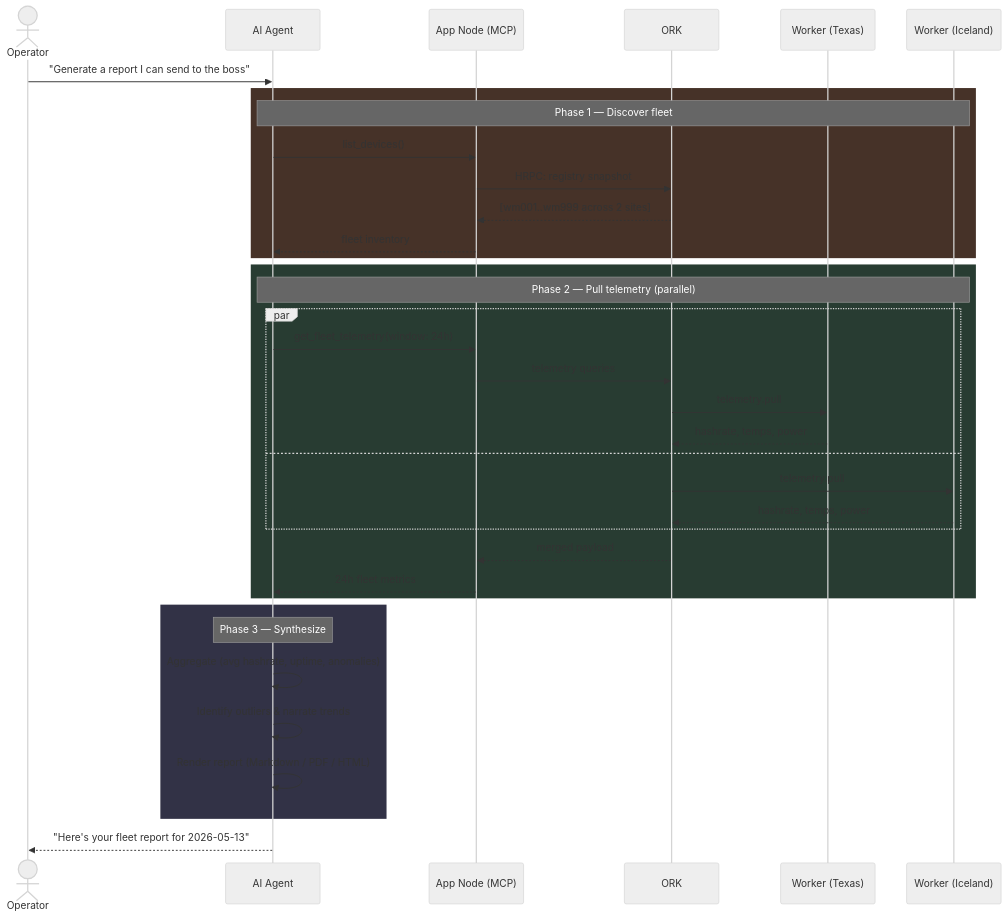
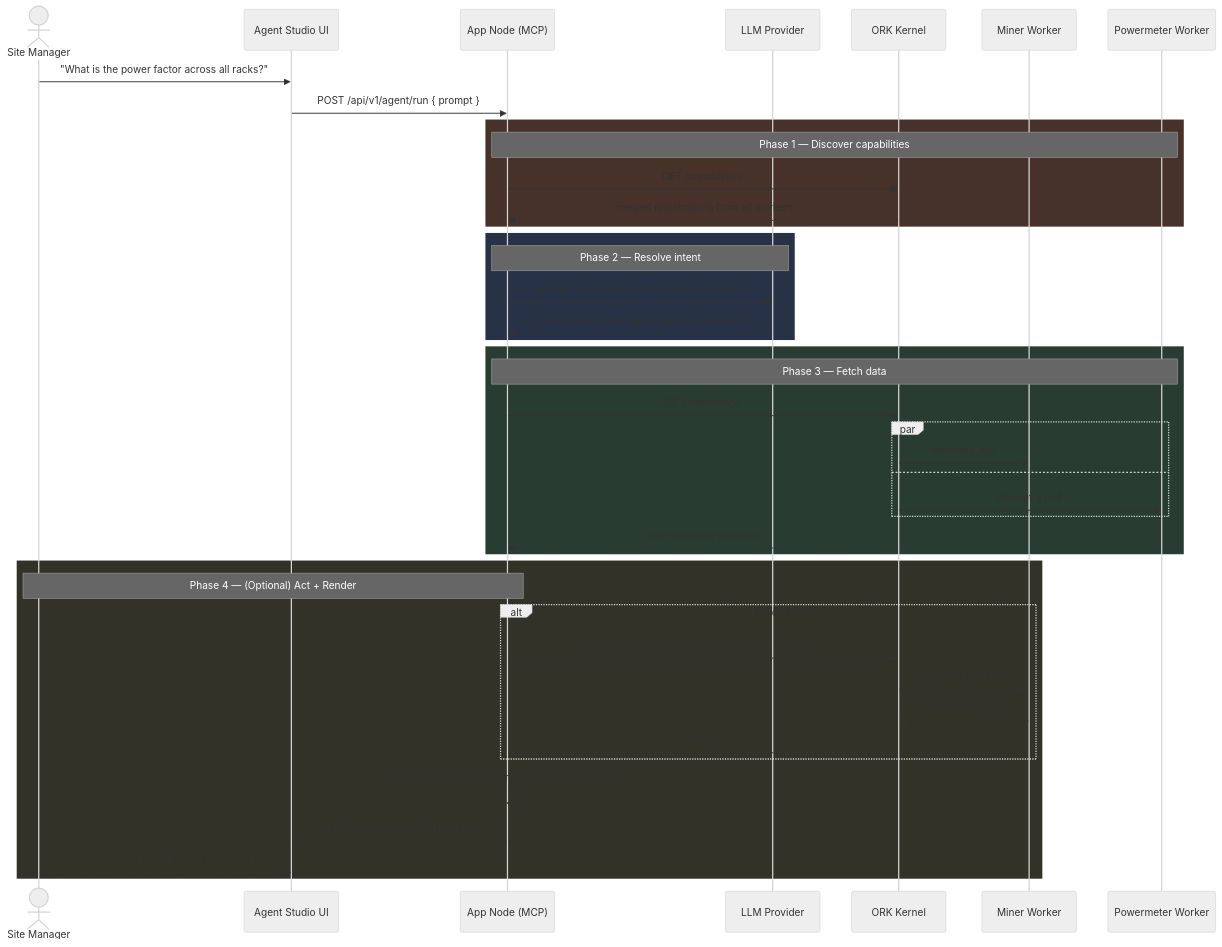
One commit to Gio-Galt/mdk-be changed the second of 3 diagrams in docs/hld-agentic-framework.md. Above: the diagram before and after it, drawn with Mermaid (neutral theme). The commit also changed other lines of this file and 28 other files, not shown here.

````diff
--- a/docs/hld-agentic-framework.md
+++ b/docs/hld-agentic-framework.md
@@ -158,43 +177,49 @@
 ```mermaid
 sequenceDiagram
-    actor Op as Operator
-    participant AI as AI Agent
-    participant MCP as App Node (MCP)
-    participant ORK as ORK
-    participant W1 as Worker (Texas)
-    participant W2 as Worker (Iceland)
+    actor Op as Site Manager
+    participant UI as Agent Studio UI
+    participant AN as App Node (MCP)
+    participant LLM as LLM Provider
+    participant ORK as ORK Kernel
+    participant W1 as Miner Worker
+    participant W2 as Powermeter Worker
 
-    Op->>AI: "Generate a report I can send to the boss"
+    Op->>UI: "What is the power factor across all racks?"
+    UI->>AN: POST /api/v1/agent/run { prompt }
 
     rect rgb(70, 50, 40)
-    Note over AI,W2: Phase 1 — Discover fleet
-    AI->>MCP: list_devices()
-    MCP->>ORK: HRPC: registry snapshot
-    ORK-->>MCP: [wm001..wm999 across 2 sites]
-    MCP-->>AI: fleet inventory
+    Note over AN,W2: Phase 1 — Discover capabilities
+    AN->>ORK: GET /capabilities
+    ORK-->>AN: merged registrations from all workers
+    end
+
+    rect rgb(40, 50, 70)
+    Note over AN,LLM: Phase 2 — Resolve intent
+    AN->>LLM: prompt + full mdk-contract.json as context
+    LLM-->>AN: { visualization, filter, focus_fields, command? }
     end
 
     rect rgb(40, 60, 50)
-    Note over AI,W2: Phase 2 — Pull telemetry (parallel)
+    Note over AN,W2: Phase 3 — Fetch data
+    AN->>ORK: GET /telemetry
     par
-        AI->>MCP: get_fleet_telemetry(window: 24h)
-        MCP->>ORK: telemetry queries
         ORK->>W1: telemetry.pull
-        W1-->>ORK: hashrate, temps, power
     and
         ORK->>W2: telemetry.pull
-        W2-->>ORK: hashrate, temps, power
     end
-    ORK-->>MCP: merged payload
-    MCP-->>AI: 24h fleet metrics
+    ORK-->>AN: fleet telemetry snapshot
     end
 
-    rect rgb(50, 50, 70)
-    Note over AI: Phase 3 — Synthesize
-    AI->>AI: Aggregate (avg hashrate, uptime, anomalies)
-    AI->>AI: Identify outliers & narrate trends
-    AI->>AI: Render report (Markdown / PDF / HTML)
+    rect rgb(50, 50, 40)
+    Note over AN,Op: Phase 4 — (Optional) Act + Render
+    alt action intent
+        AN->>ORK: POST /command { deviceId, command, params }
+        ORK->>W1: command.request
+        W1-->>ORK: command.result
+        ORK-->>AN: result
     end
-
-    AI-->>Op: "Here's your fleet report for 2026-05-13"
+    AN->>AN: Render HTML using contract telemetry schema
+    AN-->>UI: { html, narrative, trace[], llm, intent }
+    UI-->>Op: Renders contract-driven visualization
+    end
 ```
````
